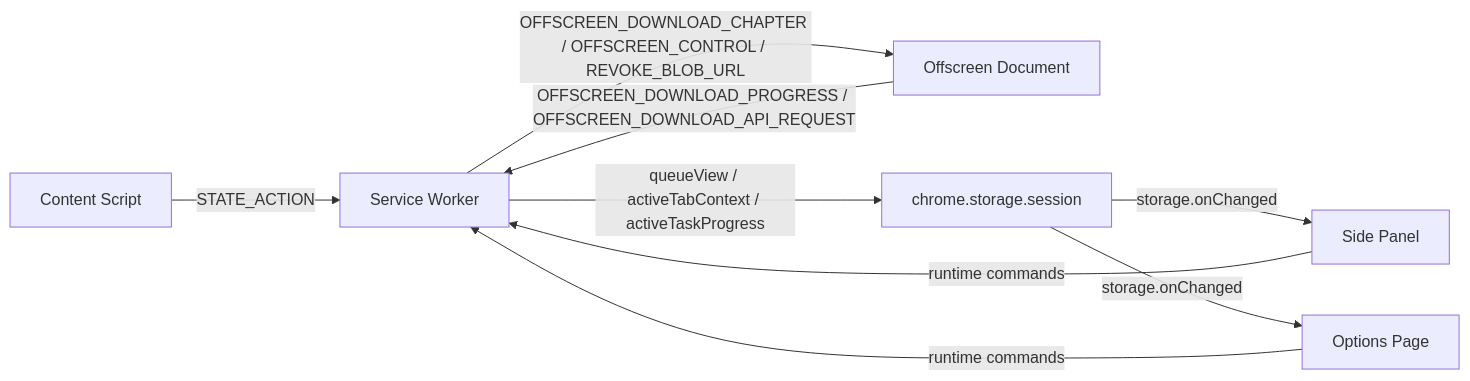
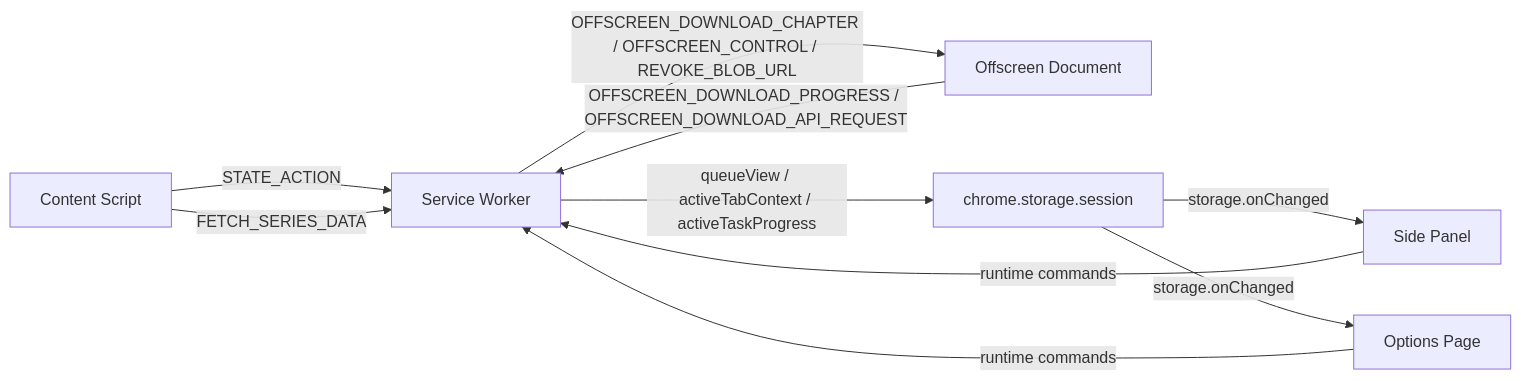
The diagram in docs/MESSAGING.md (oovz/Tako), drawn with Mermaid before and after one commit. The commit also changed other lines of this file and 64 other files, not shown here.

First line of the commit message:
feat: changed site integration architecture for better clarity

````diff
--- a/docs/MESSAGING.md
+++ b/docs/MESSAGING.md
@@ -23,11 +23,12 @@
 ```mermaid
 flowchart LR
   CS["Content Script"] -->|STATE_ACTION| SW["Service Worker"]
+  CS -->|FETCH_SERIES_DATA| SW
   SP["Side Panel"] -->|runtime commands| SW
   OP["Options Page"] -->|runtime commands| SW
   SW -->|OFFSCREEN_DOWNLOAD_CHAPTER / OFFSCREEN_CONTROL / REVOKE_BLOB_URL| OS["Offscreen Document"]
   OS -->|OFFSCREEN_DOWNLOAD_PROGRESS / OFFSCREEN_DOWNLOAD_API_REQUEST| SW
   SW -->|queueView / activeTabContext / activeTaskProgress| SS["chrome.storage.session"]
   SS -->|storage.onChanged| SP
   SS -->|storage.onChanged| OP
 ```
````
